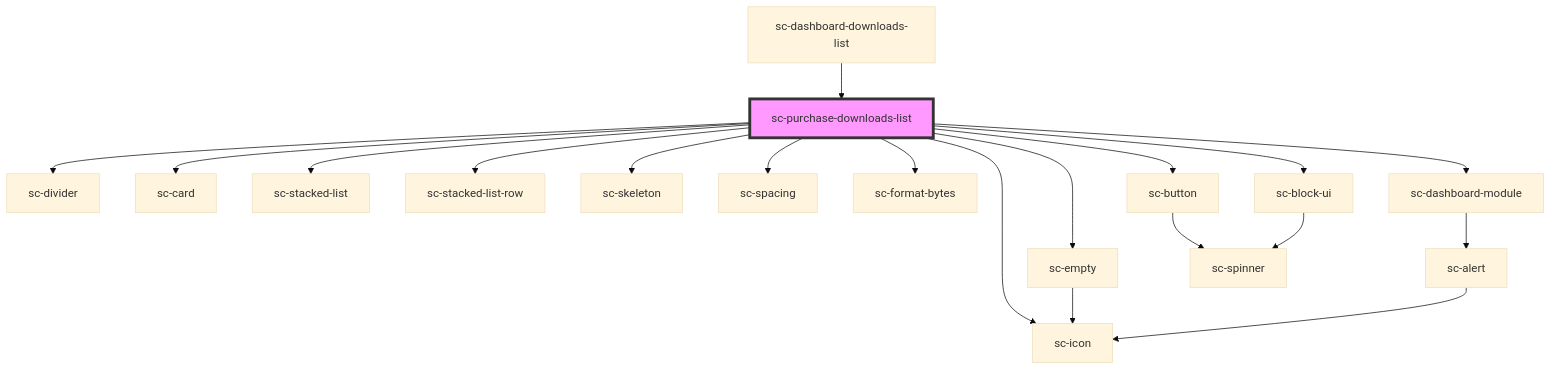
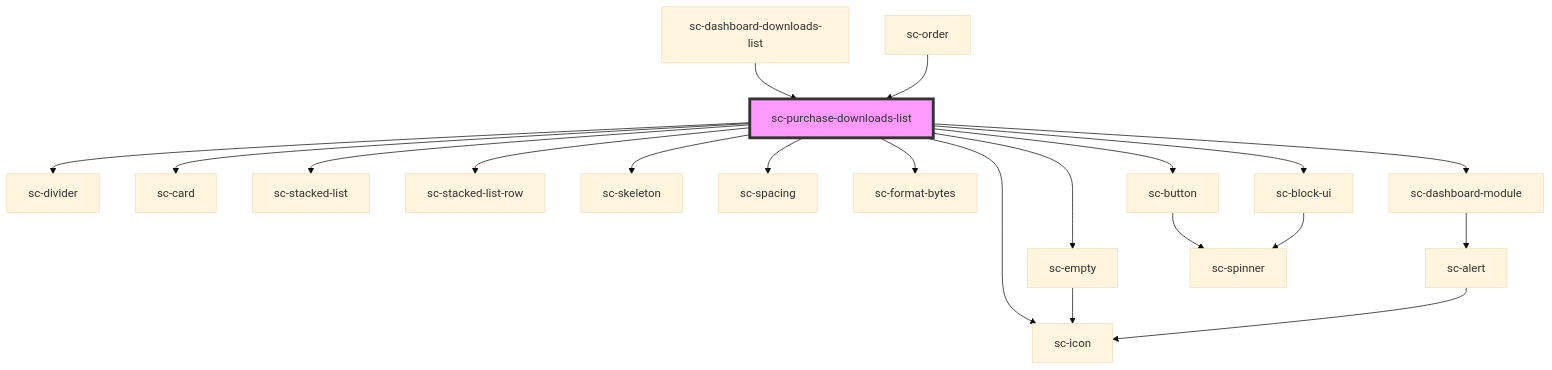
The diagram in packages/components/src/components/ui/purchase-downloads-list/readme.md (surecart/surecart-wp-plugin), drawn with Mermaid (base theme) before and after one commit. The commit also changed other lines of this file and 22 other files, not shown here.

````diff
--- a/packages/components/src/components/ui/purchase-downloads-list/readme.md
+++ b/packages/components/src/components/ui/purchase-downloads-list/readme.md
@@ -43,22 +44,23 @@
 ```mermaid
 graph TD;
   sc-purchase-downloads-list --> sc-divider
   sc-purchase-downloads-list --> sc-empty
   sc-purchase-downloads-list --> sc-card
   sc-purchase-downloads-list --> sc-stacked-list
   sc-purchase-downloads-list --> sc-stacked-list-row
   sc-purchase-downloads-list --> sc-skeleton
   sc-purchase-downloads-list --> sc-spacing
   sc-purchase-downloads-list --> sc-format-bytes
   sc-purchase-downloads-list --> sc-icon
   sc-purchase-downloads-list --> sc-dashboard-module
   sc-purchase-downloads-list --> sc-button
   sc-purchase-downloads-list --> sc-block-ui
   sc-empty --> sc-icon
   sc-dashboard-module --> sc-alert
   sc-alert --> sc-icon
   sc-button --> sc-spinner
   sc-block-ui --> sc-spinner
   sc-dashboard-downloads-list --> sc-purchase-downloads-list
+  sc-order --> sc-purchase-downloads-list
   style sc-purchase-downloads-list fill:#f9f,stroke:#333,stroke-width:4px
 ```
````
